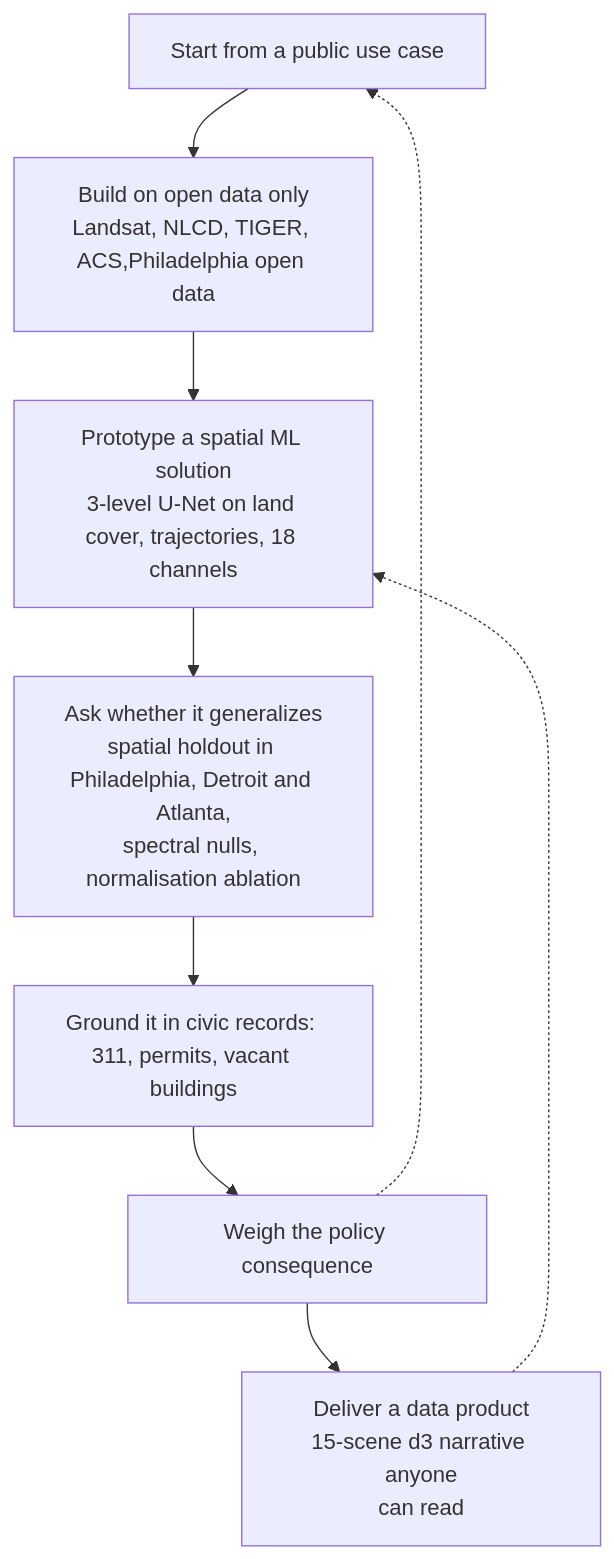
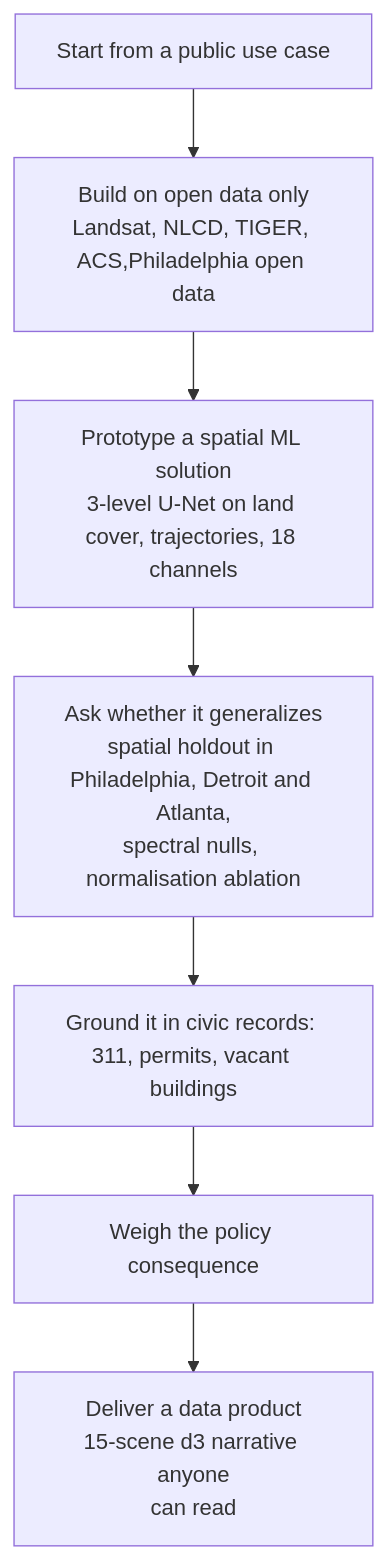
The diagram in README.md (cyber-hbliu/musa650-finalproject), drawn with Mermaid before and after one commit.

Commit message:
Clarify policy process and data source details in README
Updated the README to clarify the flow of the policy process and added details about data sources and methods used.

````diff
--- a/README.md
+++ b/README.md
@@ -19,13 +19,11 @@
 ```mermaid
 flowchart TD
     A["Start from a public use case"]
     B["Build on open data only<br/>Landsat, NLCD, TIGER, ACS,Philadelphia open data"]
     C["Prototype a spatial ML solution<br/>3-level U-Net on land cover, trajectories, 18 channels"]
     D["Ask whether it generalizes<br/>spatial holdout in Philadelphia, Detroit and Atlanta,<br/>spectral nulls, normalisation ablation"]
     E["Ground it in civic records: 311, permits, vacant buildings"]
     F["Weigh the policy consequence"]
     G["Deliver a data product<br/>15-scene d3 narrative anyone<br/>can read"]
     A --> B --> C --> D --> E --> F --> G
-    F -.->| | A
-    G -.->| | C
 ```
````
